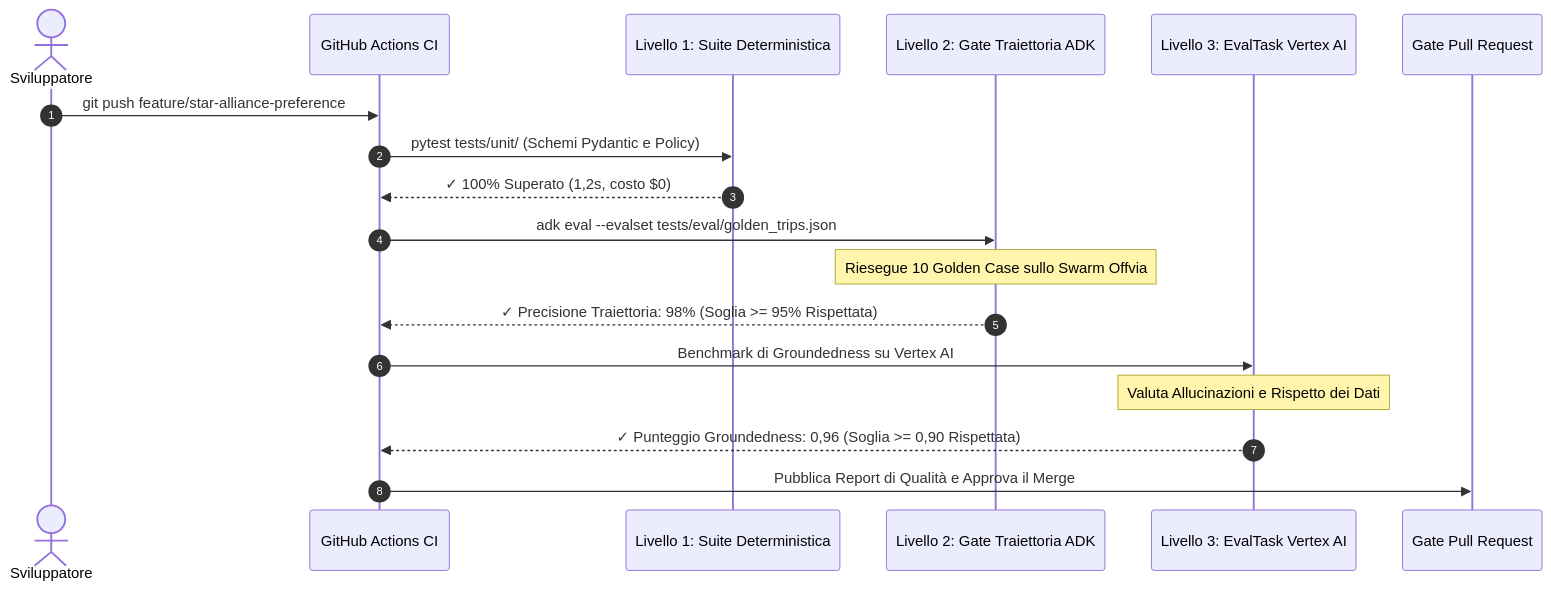
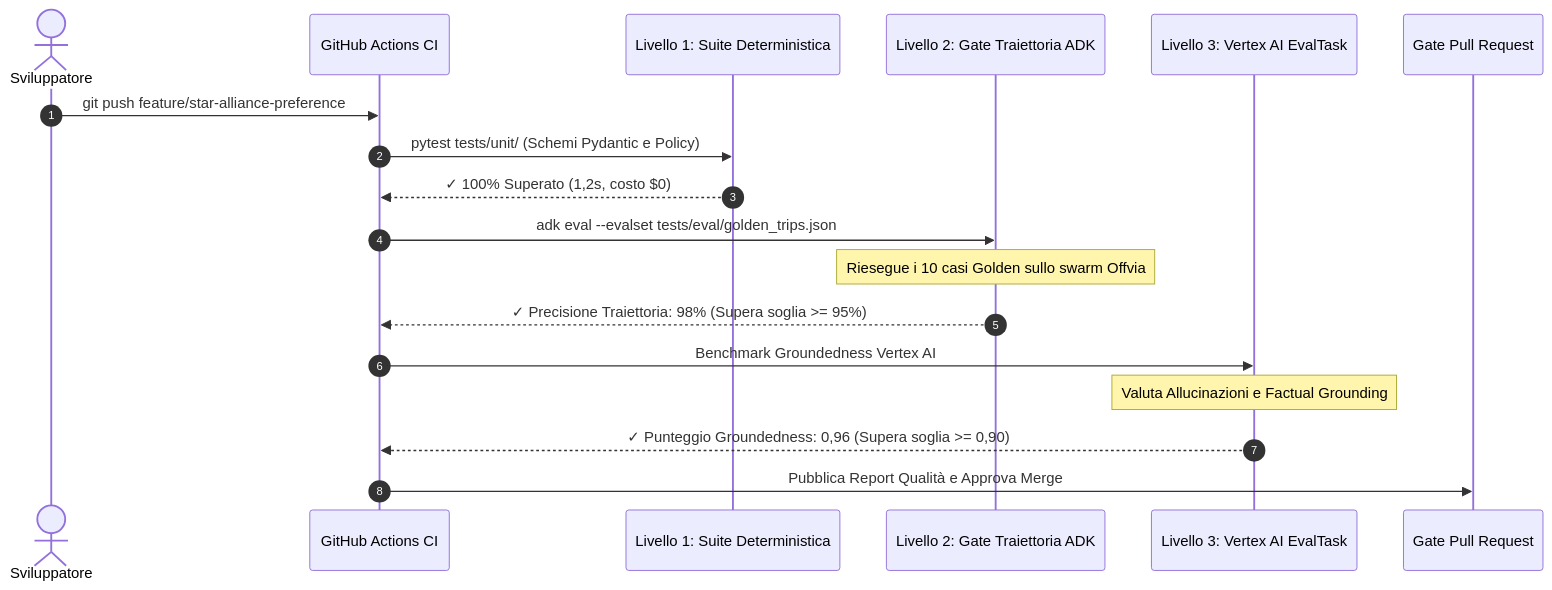
The third of 4 diagrams in content/italian/blog/gemini-enterprise-multi-agent-evaluation-cicd-runbook.md (tharun15/gcloudcafe), drawn with Mermaid before and after one commit. The commit also changed other lines of this file and 6 other files, not shown here.

Commit message:
feat(blog): elevate Part 3 evaluation runbook with Vertex AI EvalTask and sync Italian translation

````diff
--- a/content/italian/blog/gemini-enterprise-multi-agent-evaluation-cicd-runbook.md
+++ b/content/italian/blog/gemini-enterprise-multi-agent-evaluation-cicd-runbook.md
@@ -166,24 +168,24 @@
 ```mermaid
 sequenceDiagram
     autonumber
     actor Dev as Sviluppatore
     participant Git as GitHub Actions CI
     participant T1 as Livello 1: Suite Deterministica
     participant T2 as Livello 2: Gate Traiettoria ADK
-    participant T3 as Livello 3: EvalTask Vertex AI
+    participant T3 as Livello 3: Vertex AI EvalTask
     participant PR as Gate Pull Request
 
     Dev->>Git: git push feature/star-alliance-preference
     Git->>T1: pytest tests/unit/ (Schemi Pydantic e Policy)
     T1-->>Git: ✓ 100% Superato (1,2s, costo $0)
     
     Git->>T2: adk eval --evalset tests/eval/golden_trips.json
-    Note over T2: Riesegue 10 Golden Case sullo Swarm Offvia
-    T2-->>Git: ✓ Precisione Traiettoria: 98% (Soglia >= 95% Rispettata)
+    Note over T2: Riesegue i 10 casi Golden sullo swarm Offvia
+    T2-->>Git: ✓ Precisione Traiettoria: 98% (Supera soglia >= 95%)
     
-    Git->>T3: Benchmark di Groundedness su Vertex AI
-    Note over T3: Valuta Allucinazioni e Rispetto dei Dati
-    T3-->>Git: ✓ Punteggio Groundedness: 0,96 (Soglia >= 0,90 Rispettata)
+    Git->>T3: Benchmark Groundedness Vertex AI
+    Note over T3: Valuta Allucinazioni e Factual Grounding
+    T3-->>Git: ✓ Punteggio Groundedness: 0,96 (Supera soglia >= 0,90)
     
-    Git->>PR: Pubblica Report di Qualità e Approva il Merge
+    Git->>PR: Pubblica Report Qualità e Approva Merge
 ```
````
